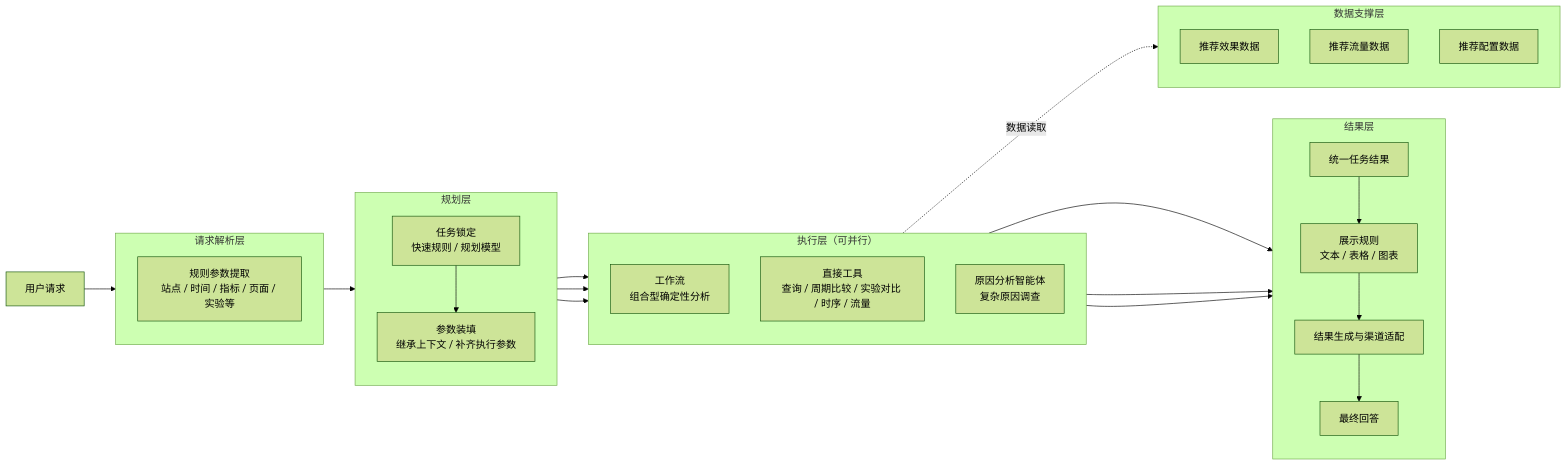
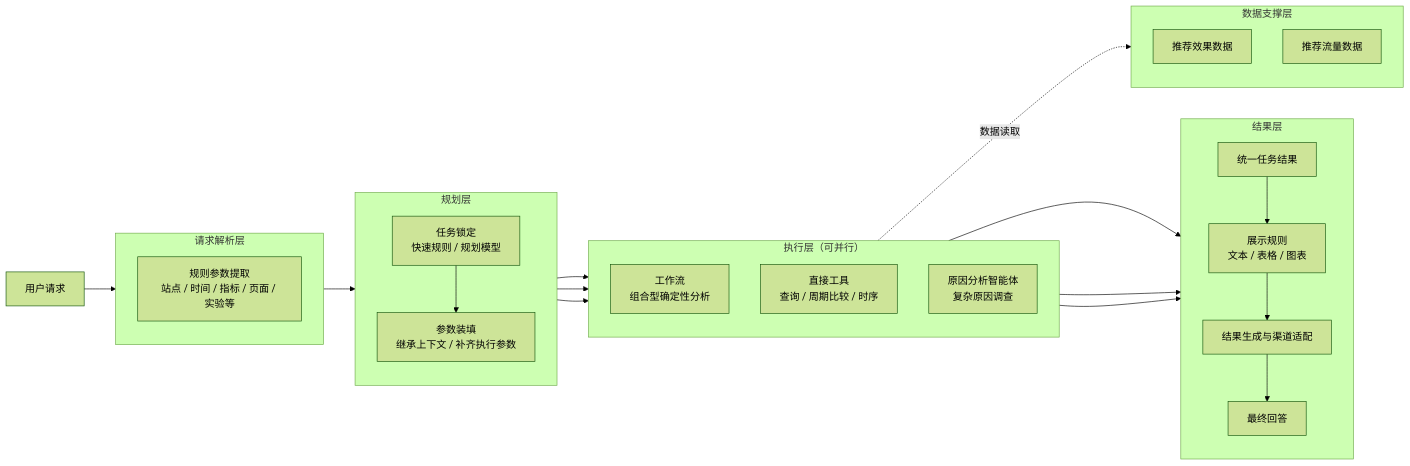
One commit to sgfd-ui/internship changed the second of 2 diagrams in weekly-report/agent-comparison.md. Above: the diagram before and after it, drawn with Mermaid (forest theme).

Commit message:
docs: refine current architecture labels

````diff
--- a/weekly-report/agent-comparison.md
+++ b/weekly-report/agent-comparison.md
@@ -67,50 +67,49 @@
 ```mermaid
 flowchart LR
     U[用户请求]
 
     subgraph Q[请求解析层]
         direction TB
         Q1[规则参数提取<br/>站点 / 时间 / 指标 / 页面 / 实验等]
     end
 
     subgraph P[规划层]
         direction TB
         P1[任务锁定<br/>快速规则 / 规划模型]
         P2[参数装填<br/>继承上下文 / 补齐执行参数]
         P1 --> P2
     end
 
     subgraph E[执行层（可并行）]
         direction TB
         E1[工作流<br/>组合型确定性分析]
-        E2[直接工具<br/>查询 / 周期比较 / 实验对比 / 时序 / 流量]
+        E2[直接工具<br/>查询 / 周期比较 / 时序]
         E3[原因分析智能体<br/>复杂原因调查]
     end
 
     subgraph R[结果层]
         direction TB
         R1[统一任务结果]
         R2[展示规则<br/>文本 / 表格 / 图表]
         R3[结果生成与渠道适配]
         F[最终回答]
         R1 --> R2 --> R3 --> F
     end
 
     subgraph D[数据支撑层]
         direction TB
         D1[推荐效果数据]
         D2[推荐流量数据]
-        D3[推荐配置数据]
     end
 
     U --> Q1 --> P1
     P2 --> E1
     P2 --> E2
     P2 --> E3
 
     E1 --> R1
     E2 --> R1
     E3 --> R1
 
     E -.数据读取.-> D
 ```
````
